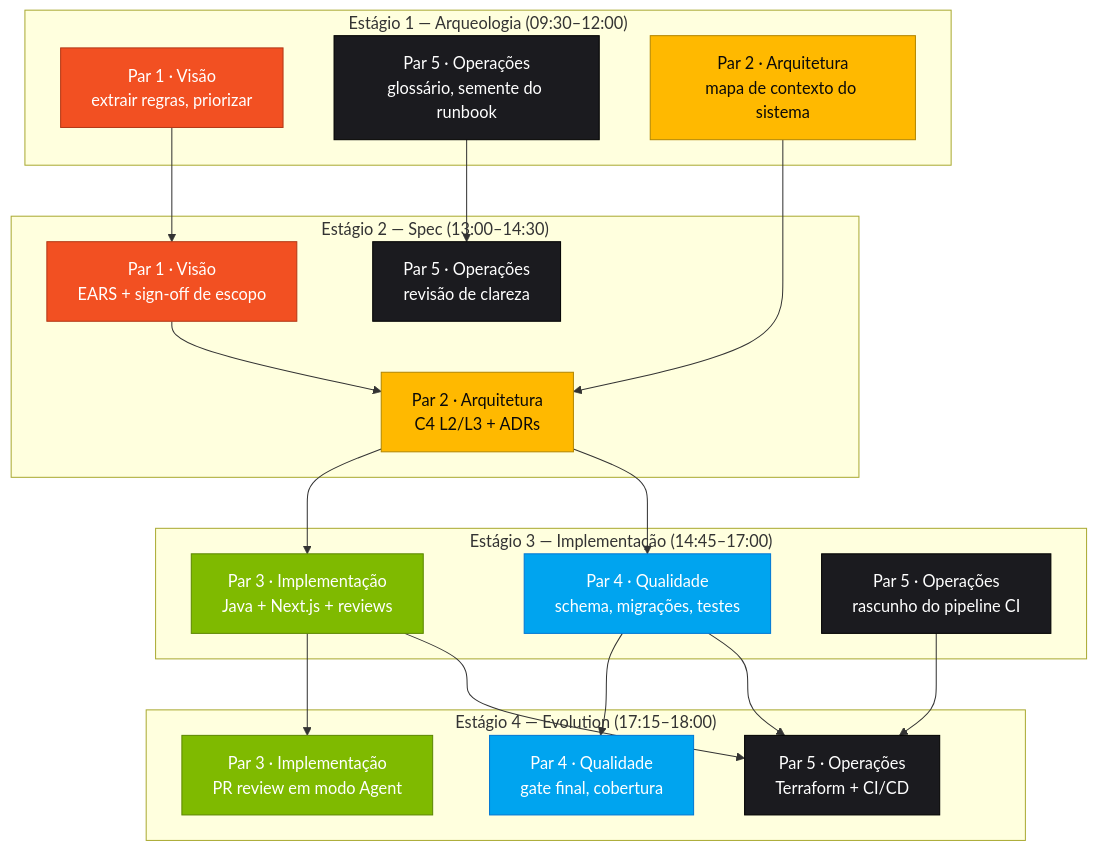
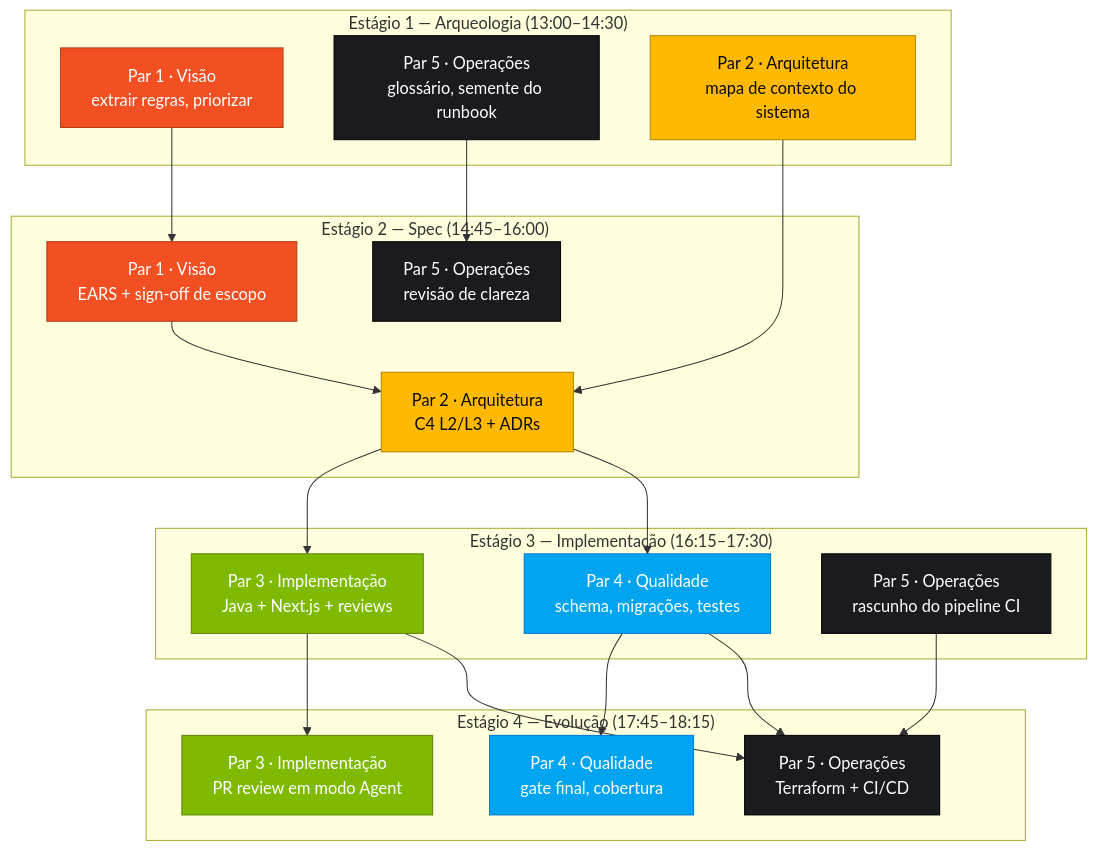
Before and after one commit to paulasilvatech/hackathon-datacorp-team-kit: the second of 2 diagrams in pt-br/TEAM-FLOW.md, drawn with Mermaid. The commit also changed other lines of this file and 241 other files, not shown here.

````diff
--- a/pt-br/TEAM-FLOW.md
+++ b/pt-br/TEAM-FLOW.md
@@ -115,46 +121,46 @@
 ```mermaid
 flowchart TD
  classDef vision fill:#F25022,stroke:#B33816,color:#fff
  classDef arch fill:#FFB900,stroke:#B38600,color:#0A0A0A
  classDef impl fill:#7FBA00,stroke:#5C8700,color:#fff
  classDef qual fill:#00A4EF,stroke:#0078D4,color:#fff
  classDef ops fill:#1B1B1F,stroke:#000,color:#fff
 
- subgraph S1["Estágio 1 — Arqueologia (09:30–12:00)"]
+ subgraph S1["Estágio 1 — Arqueologia (13:00–14:30)"]
  P1A[Par 1 · Visão<br/>extrair regras, priorizar]:::vision
  P5A[Par 5 · Operações<br/>glossário, semente do runbook]:::ops
  P2A[Par 2 · Arquitetura<br/>mapa de contexto do sistema]:::arch
  end
 
- subgraph S2["Estágio 2 — Spec (13:00–14:30)"]
+ subgraph S2["Estágio 2 — Spec (14:45–16:00)"]
  P1B[Par 1 · Visão<br/>EARS + sign-off de escopo]:::vision
  P2B[Par 2 · Arquitetura<br/>C4 L2/L3 + ADRs]:::arch
  P5B[Par 5 · Operações<br/>revisão de clareza]:::ops
  end
 
- subgraph S3["Estágio 3 — Implementação (14:45–17:00)"]
+ subgraph S3["Estágio 3 — Implementação (16:15–17:30)"]
  P3A[Par 3 · Implementação<br/>Java + Next.js + reviews]:::impl
  P4A[Par 4 · Qualidade<br/>schema, migrações, testes]:::qual
  P5C[Par 5 · Operações<br/>rascunho do pipeline CI]:::ops
  end
 
- subgraph S4["Estágio 4 — Evolution (17:15–18:00)"]
+ subgraph S4["Estágio 4 — Evolução (17:45–18:15)"]
  P5D[Par 5 · Operações<br/>Terraform + CI/CD]:::ops
  P3B[Par 3 · Implementação<br/>PR review em modo Agent]:::impl
  P4B[Par 4 · Qualidade<br/>gate final, cobertura]:::qual
  end
 
  P1A --> P1B
  P5A --> P5B
  P2A --> P2B
 
  P1B --> P2B
  P2B --> P3A
  P2B --> P4A
 
  P3A --> P3B
  P4A --> P4B
  P3A --> P5D
  P4A --> P5D
  P5C --> P5D
 ```
````
